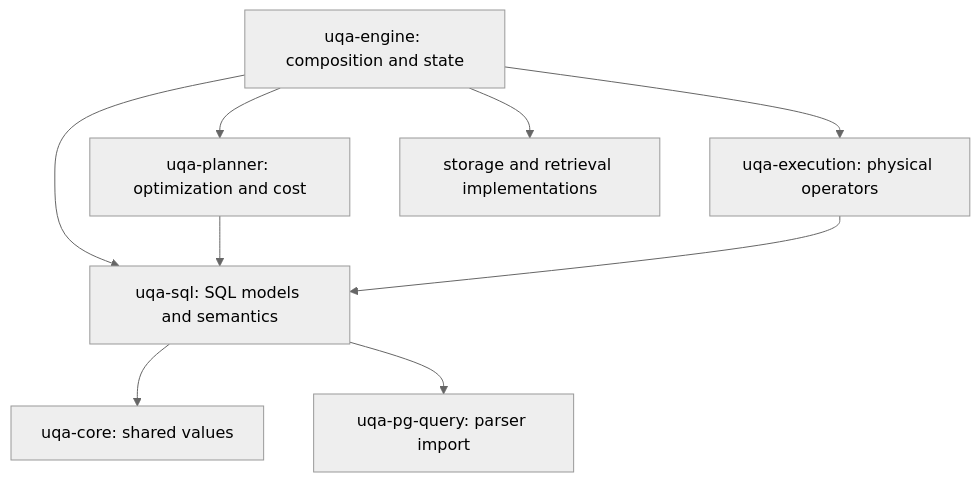
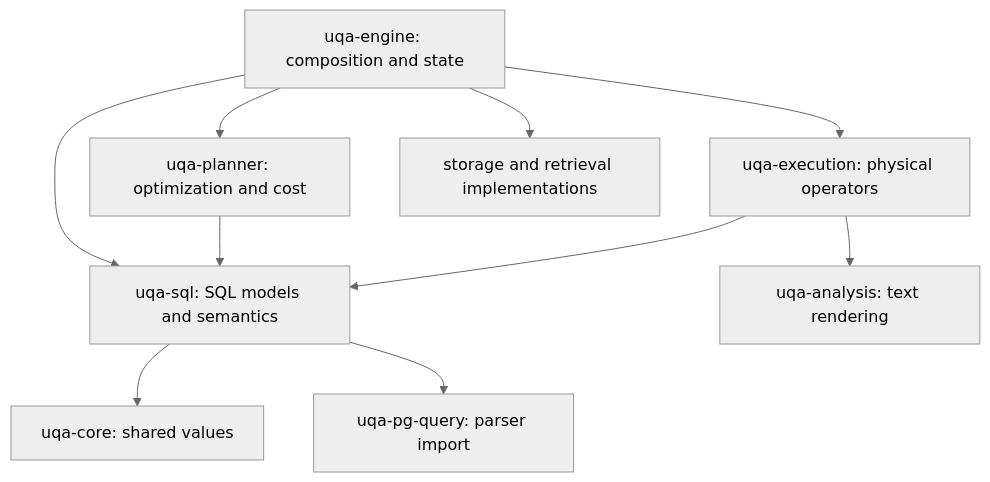
Before and after one commit to cognica-io/uqa-engine: the diagram in docs/design/sql-crate-boundaries.md, drawn with Mermaid (neutral theme). The commit also changed other lines of this file and 22 other files, not shown here.

````diff
--- a/docs/design/sql-crate-boundaries.md
+++ b/docs/design/sql-crate-boundaries.md
@@ -11,11 +11,12 @@
 ```mermaid
 flowchart TD
     Engine[uqa-engine: composition and state] --> Planner[uqa-planner: optimization and cost]
     Engine --> Execution[uqa-execution: physical operators]
     Engine --> SQL[uqa-sql: SQL models and semantics]
     Engine --> Storage[storage and retrieval implementations]
     Planner --> SQL
     Execution --> SQL
+    Execution --> Analysis[uqa-analysis: text rendering]
     SQL --> Core[uqa-core: shared values]
     SQL --> Parser[uqa-pg-query: parser import]
 ```
````
